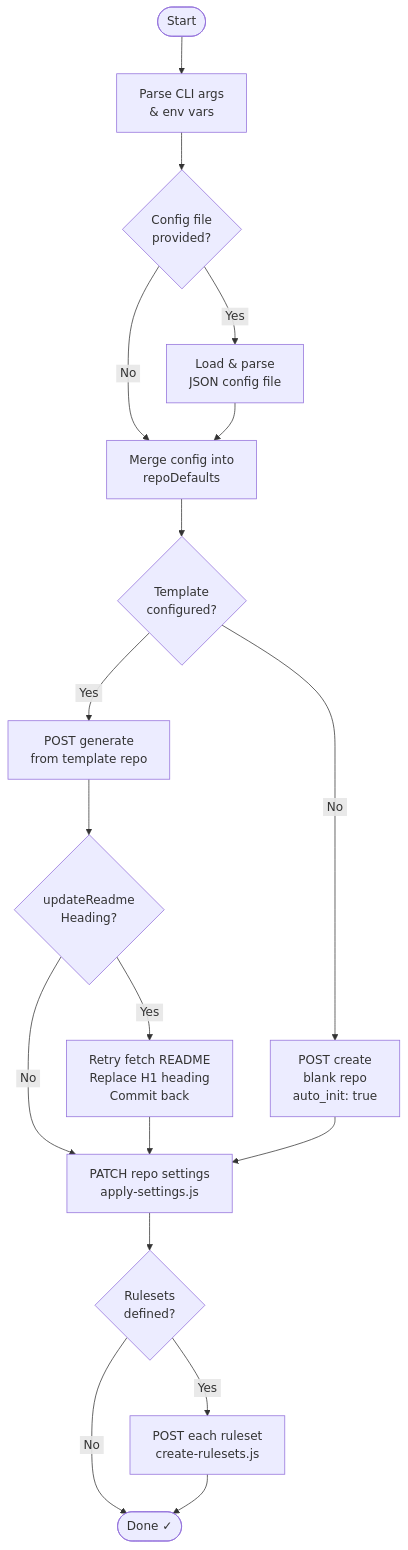
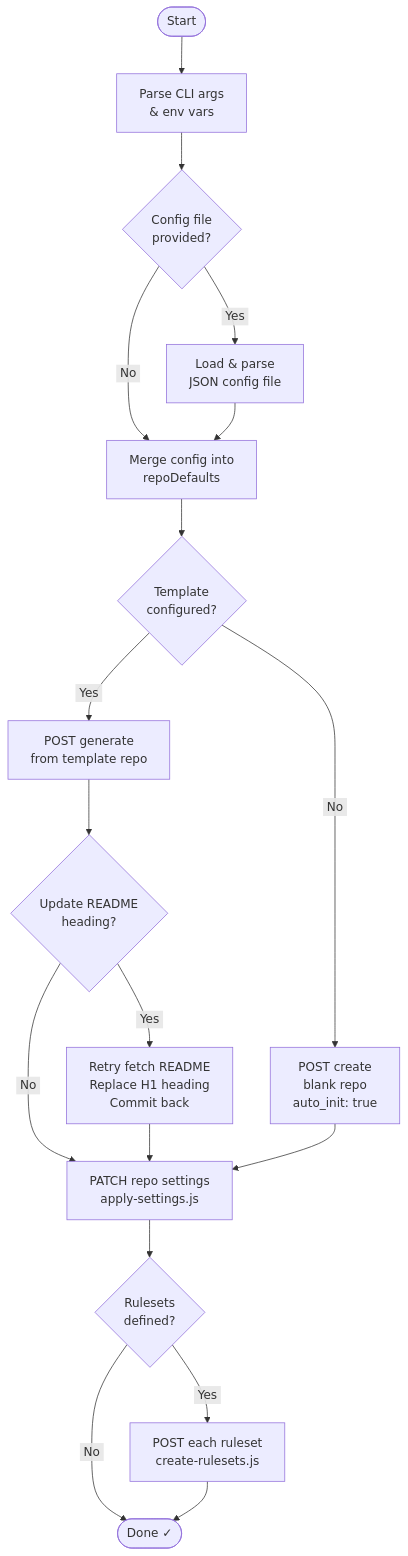
The diagram in README.md (stairwaytowonderland/repository-create), drawn with Mermaid before and after one commit. The commit also changed other lines of this file, not shown here.

````diff
--- a/README.md
+++ b/README.md
@@ -305,23 +305,23 @@
 ```mermaid
 flowchart TD
     A([Start]) --> B[Parse CLI args<br>& env vars]
     B --> C{Config file<br>provided?}
     C -- "&nbsp;Yes&nbsp;" --> D[Load & parse<br>JSON config file]
     C -- "&nbsp;No&nbsp;" --> E
     D --> E[Merge config into<br>repoDefaults]
     E --> F{Template<br>configured?}
 
     F -- "&nbsp;Yes&nbsp;" --> G[POST generate<br>from template repo]
-    G --> H{updateReadme<br>Heading?}
+    G --> H{Update README<br>heading?}
     H -- "&nbsp;Yes&nbsp;" --> I[Retry fetch README<br>Replace H1 heading<br>Commit back]
     H -- "&nbsp;No&nbsp;" --> J
     I --> J[PATCH repo settings<br>apply-settings.js]
 
     F -- "&nbsp;No&nbsp;" --> K[POST create<br>blank repo<br>auto_init: true]
     K --> J
 
     J --> L{Rulesets<br>defined?}
     L -- "&nbsp;Yes&nbsp;" --> M[POST each ruleset<br>create-rulesets.js]
     L -- "&nbsp;No&nbsp;" --> N
     M --> N([Done ✓])
 ```
````
